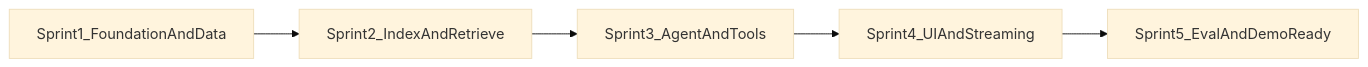
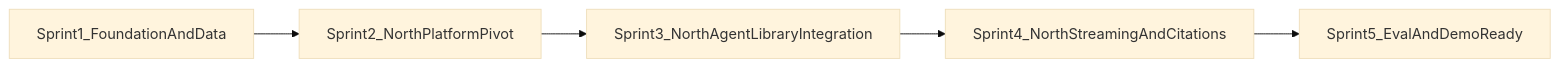
Before and after one commit to CohereJohnny/og-eowi: the diagram in sprints/sprintplan.md, drawn with Mermaid (base theme). The commit also changed other lines of this file and 16 other files, not shown here.

Commit message:
chore: wrap Sprint 2 North pivot (#15)

````diff
--- a/sprints/sprintplan.md
+++ b/sprints/sprintplan.md
@@ -18,7 +18,7 @@
 ```mermaid
 flowchart LR
-    S1[Sprint1_FoundationAndData] --> S2[Sprint2_IndexAndRetrieve]
-    S2 --> S3[Sprint3_AgentAndTools]
-    S3 --> S4[Sprint4_UIAndStreaming]
+    S1[Sprint1_FoundationAndData] --> S2[Sprint2_NorthPlatformPivot]
+    S2 --> S3[Sprint3_NorthAgentLibraryIntegration]
+    S3 --> S4[Sprint4_NorthStreamingAndCitations]
     S4 --> S5[Sprint5_EvalAndDemoReady]
 ```
````
